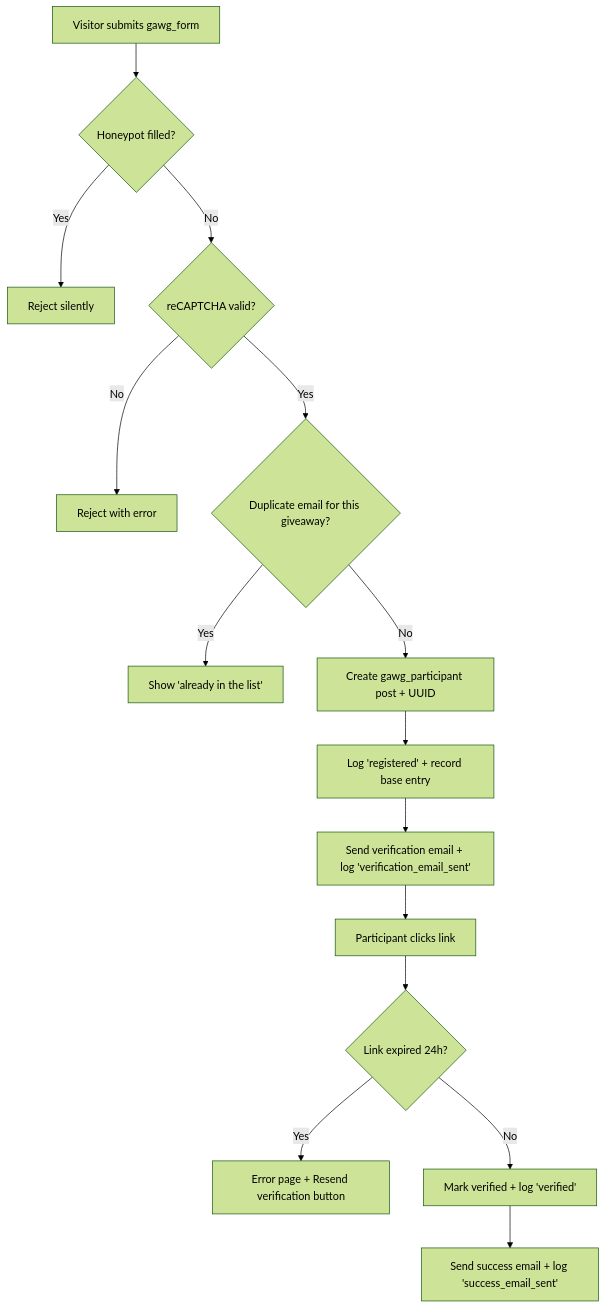
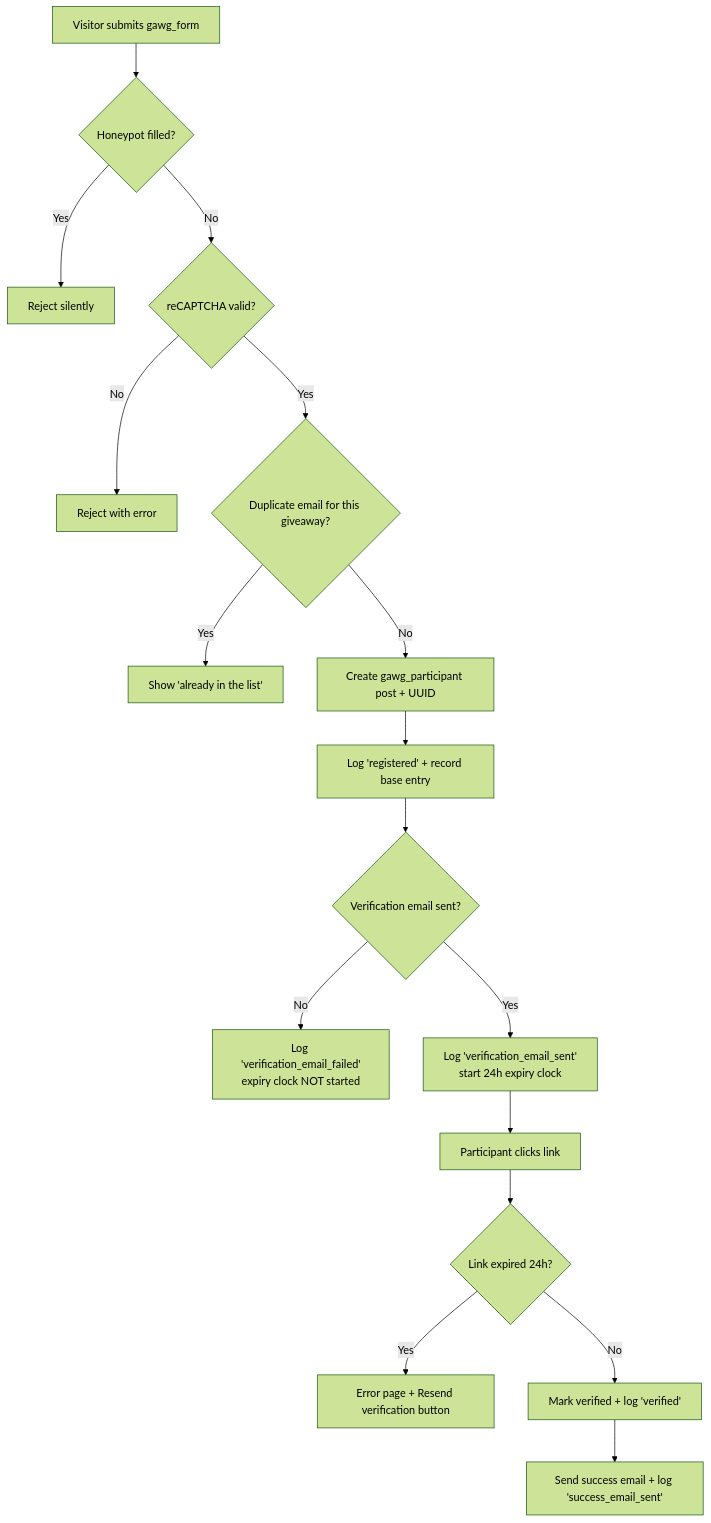
The first of 8 diagrams in README.md (lauzis/gawg), drawn with Mermaid (forest theme) before and after one commit. The commit also changed other lines of this file and 1 other file, not shown here.

First line of the commit message:
docs: document the email templates and what happens when a send fails

````diff
--- a/README.md
+++ b/README.md
@@ -47,17 +47,19 @@
 ```mermaid
 flowchart TD
     A[Visitor submits gawg_form] --> B{Honeypot filled?}
     B -- Yes --> R1[Reject silently]
     B -- No --> C{reCAPTCHA valid?}
     C -- No --> R2[Reject with error]
     C -- Yes --> D{Duplicate email for this giveaway?}
     D -- Yes --> R3[Show 'already in the list']
     D -- No --> E[Create gawg_participant post + UUID]
     E --> F[Log 'registered' + record base entry]
-    F --> G[Send verification email + log 'verification_email_sent']
-    G --> H[Participant clicks link]
+    F --> G{Verification email sent?}
+    G -- No --> R4[Log 'verification_email_failed'<br/>expiry clock NOT started]
+    G -- Yes --> G2[Log 'verification_email_sent'<br/>start 24h expiry clock]
+    G2 --> H[Participant clicks link]
     H --> I{Link expired 24h?}
     I -- Yes --> J[Error page + Resend verification button]
     I -- No --> K[Mark verified + log 'verified']
     K --> L[Send success email + log 'success_email_sent']
 ```
````
